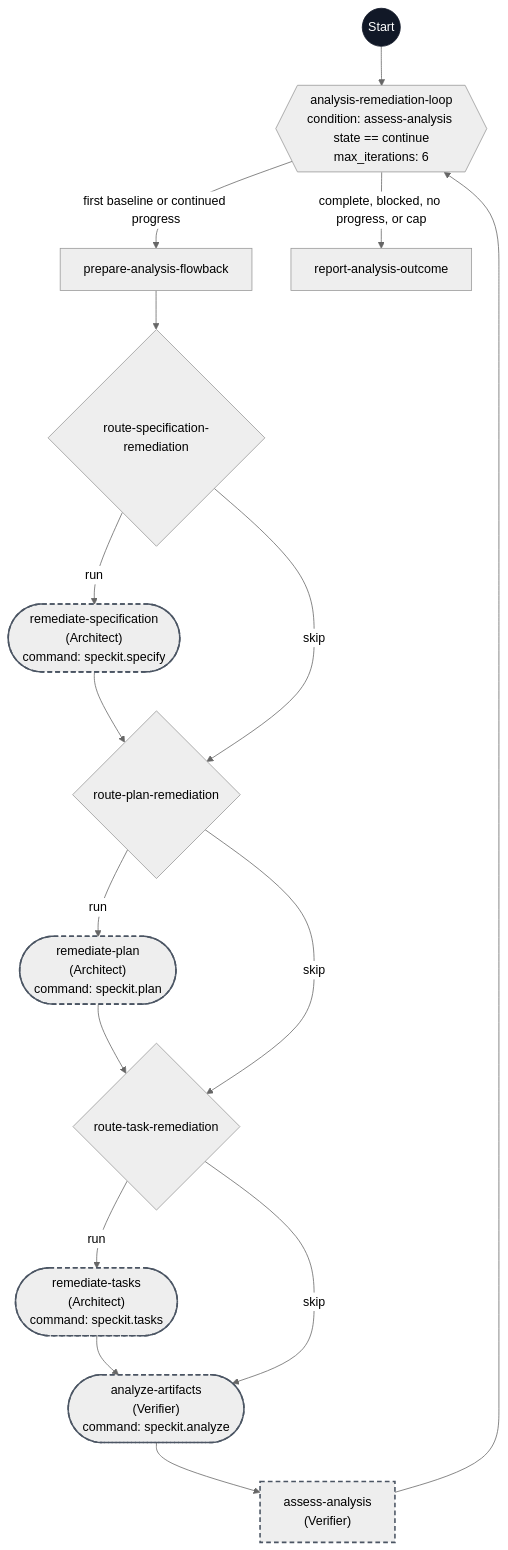
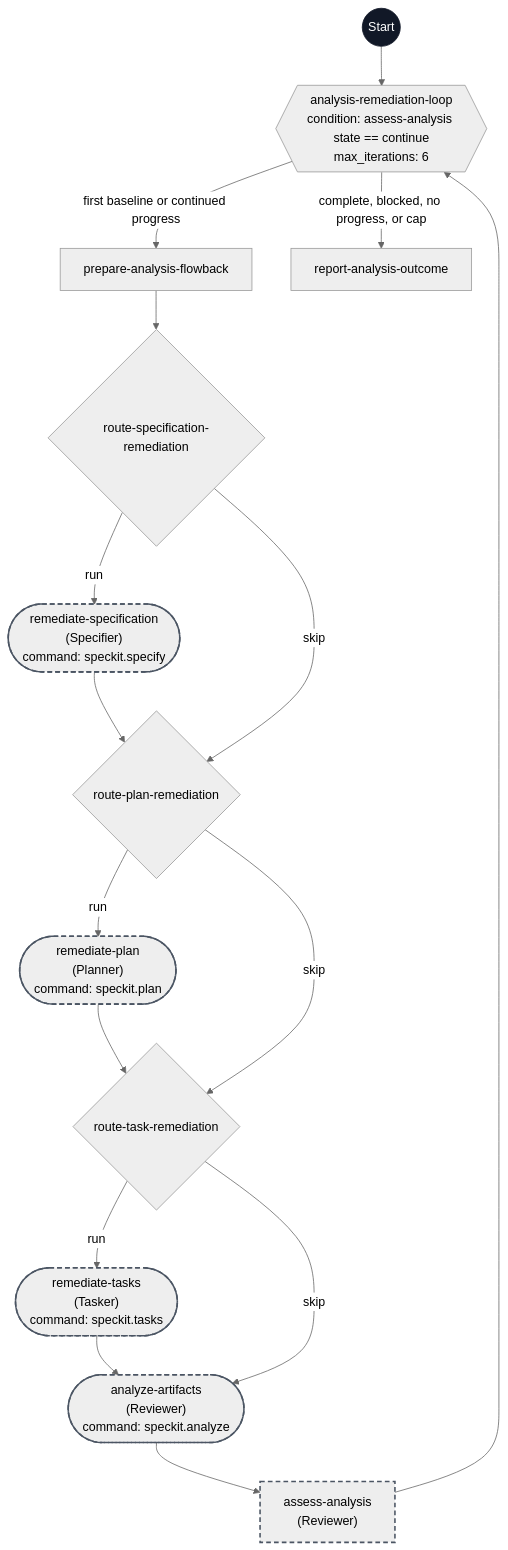
One commit to pegagio/spec-kit-flow changed the diagram in workflows/speckit-flow-analyze-remediate/flowchart.md. Above: the diagram before and after it, drawn with Mermaid (neutral theme). The commit also changed 85 other files, not shown here.

Commit message:
Checkpoint flow-kit workflows

````diff
--- a/workflows/speckit-flow-analyze-remediate/flowchart.md
+++ b/workflows/speckit-flow-analyze-remediate/flowchart.md
@@ -7,33 +7,33 @@
 ```mermaid
 flowchart TD
     start((Start))
     loop{{"analysis-remediation-loop<br/>condition: assess-analysis state == continue<br/>max_iterations: 6"}}
     prepare["prepare-analysis-flowback"]
     specRoute@{ shape: diam, label: "route-specification-remediation" }
-    spec(["remediate-specification<br/>(Architect)<br/>command: speckit.specify"])
+    spec(["remediate-specification<br/>(Specifier)<br/>command: speckit.specify"])
     planRoute@{ shape: diam, label: "route-plan-remediation" }
-    plan(["remediate-plan<br/>(Architect)<br/>command: speckit.plan"])
+    plan(["remediate-plan<br/>(Planner)<br/>command: speckit.plan"])
     tasksRoute@{ shape: diam, label: "route-task-remediation" }
-    tasks(["remediate-tasks<br/>(Architect)<br/>command: speckit.tasks"])
-    analyze(["analyze-artifacts<br/>(Verifier)<br/>command: speckit.analyze"])
-    assess["assess-analysis<br/>(Verifier)"]
+    tasks(["remediate-tasks<br/>(Tasker)<br/>command: speckit.tasks"])
+    analyze(["analyze-artifacts<br/>(Reviewer)<br/>command: speckit.analyze"])
+    assess["assess-analysis<br/>(Reviewer)"]
     report["report-analysis-outcome"]
 
     start --> loop
     loop -- first baseline or continued progress --> prepare --> specRoute
     specRoute -- run --> spec --> planRoute
     specRoute -- skip --> planRoute
     planRoute -- run --> plan --> tasksRoute
     planRoute -- skip --> tasksRoute
     tasksRoute -- run --> tasks --> analyze
     tasksRoute -- skip --> analyze
     analyze --> assess --> loop
     loop -- complete, blocked, no progress, or cap --> report
 
     classDef delegated stroke:#4b5563,stroke-width:2px,stroke-dasharray:6 4
     class spec,plan,tasks,analyze,assess delegated
     style specRoute stroke-dasharray:0
     style planRoute stroke-dasharray:0
     style tasksRoute stroke-dasharray:0
     style start fill:#111827,stroke:#111827,color:#ffffff
 ```
````
